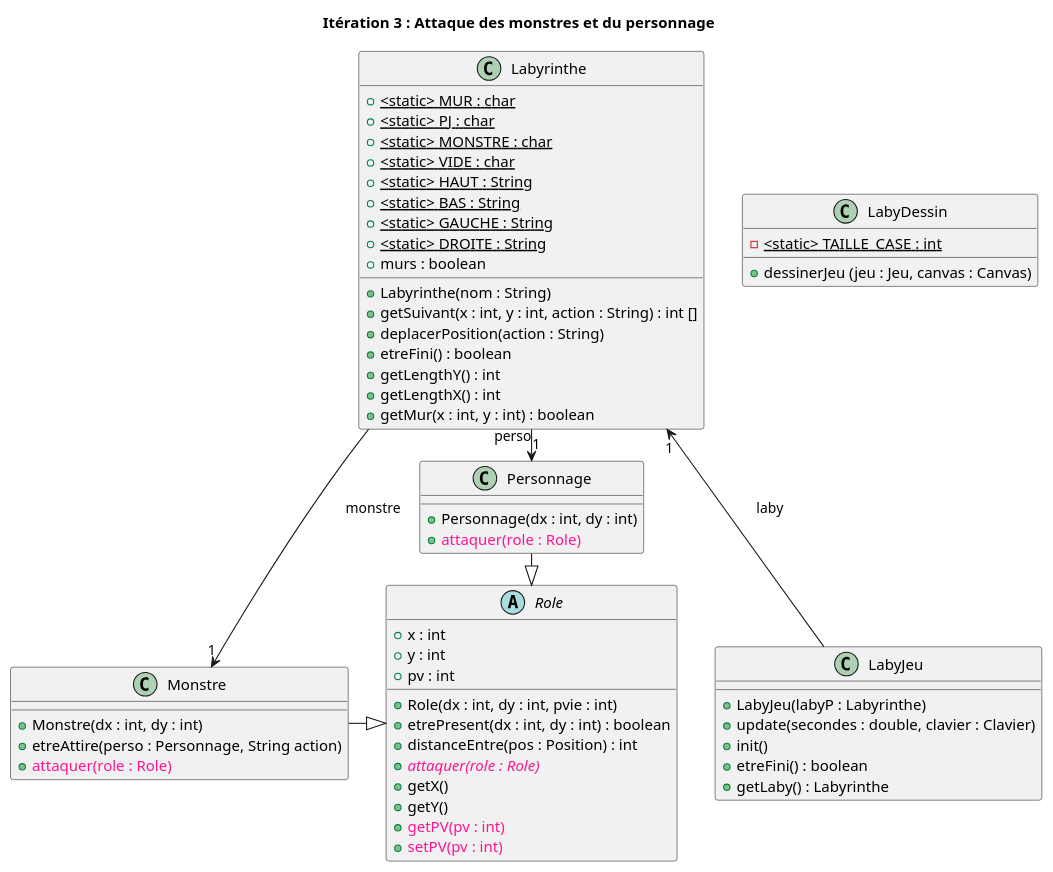
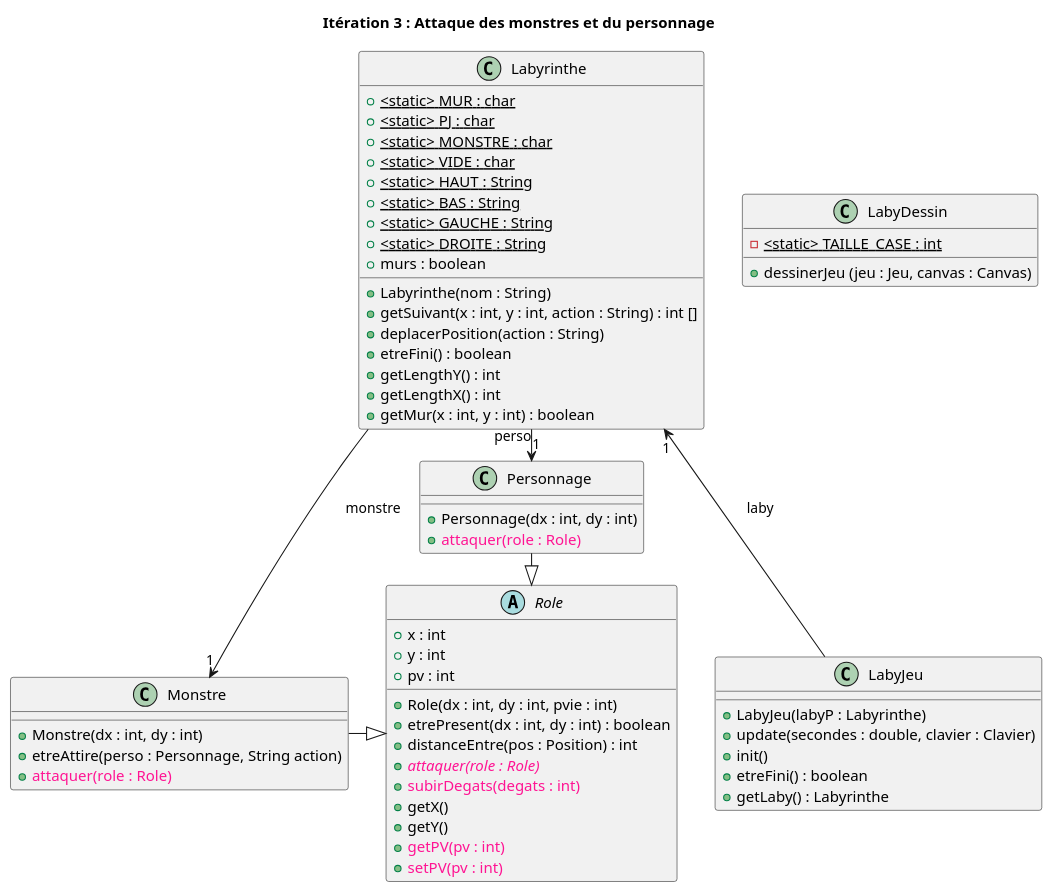
One commit to Hugo-COLLIN/BUT_INFO_S2_2022_Zeldiablo changed the diagram in racine_depot/documents/version_4/diagClass_iter3.puml. Above: the diagram before and after it, drawn with PlantUML. The commit also changed 1 other file, not shown here.

Commit message:
diagrammes

```diff
--- a/racine_depot/documents/version_4/diagClass_iter3.puml
+++ b/racine_depot/documents/version_4/diagClass_iter3.puml
@@ -1,70 +1,71 @@
 @startuml
 title Itération 3 : Attaque des monstres et du personnage
 
 class Labyrinthe {
     + <static> MUR : char {static}
     + <static> PJ : char {static}
     + <static> MONSTRE : char {static}
     + <static> VIDE : char {static}
     + <static> HAUT : String {static}
     + <static> BAS : String {static}
     + <static> GAUCHE : String {static}
     + <static> DROITE : String {static}
     + murs : boolean
 
     + Labyrinthe(nom : String)
     + getSuivant(x : int, y : int, action : String) : int []
     + deplacerPosition(action : String)
     + etreFini() : boolean
     + getLengthY() : int
     + getLengthX() : int
     + getMur(x : int, y : int) : boolean
 }
 
 class LabyJeu {
     + LabyJeu(labyP : Labyrinthe)
     + update(secondes : double, clavier : Clavier)
     + init()
     + etreFini() : boolean
     + getLaby() : Labyrinthe
 }
 
 class LabyDessin {
     - <static> TAILLE_CASE : int {static}
     + dessinerJeu (jeu : Jeu, canvas : Canvas)
 }
 
 abstract class Role {
     + x : int
     + y : int
     + pv : int
 
     + Role(dx : int, dy : int, pvie : int)
     + etrePresent(dx : int, dy : int) : boolean
     + distanceEntre(pos : Position) : int
     {abstract} + <color:deeppink>attaquer(role : Role)</color>
+    + <color:deeppink>subirDegats(degats : int)</color>
     + getX()
     + getY()
     + <color:deeppink>getPV(pv : int)</color>
     + <color:deeppink>setPV(pv : int)</color>
 }
 
 class Personnage {
     + Personnage(dx : int, dy : int)
     + <color:deeppink>attaquer(role : Role)</color>
 }
 
 class Monstre {
     + Monstre(dx : int, dy : int)
     + etreAttire(perso : Personnage, String action)
     + <color:deeppink>attaquer(role : Role)</color>
 }
 
 Labyrinthe --> Monstre : monstre "1"
 Labyrinthe -> Personnage : perso "1"
 Labyrinthe "1" <-- LabyJeu : laby
 
 Monstre -|> Role
 Personnage -|> Role
 
 @enduml
```
